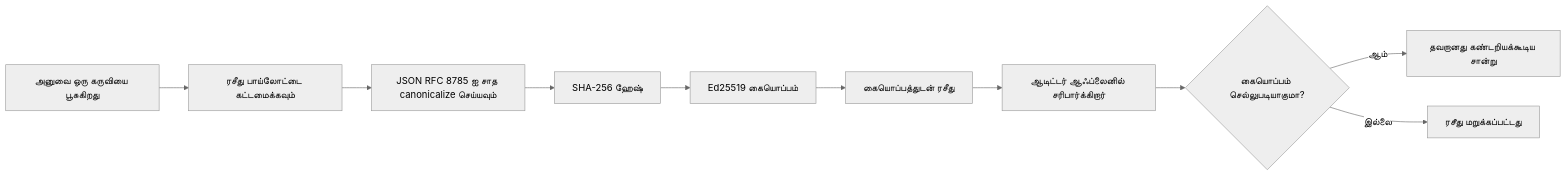
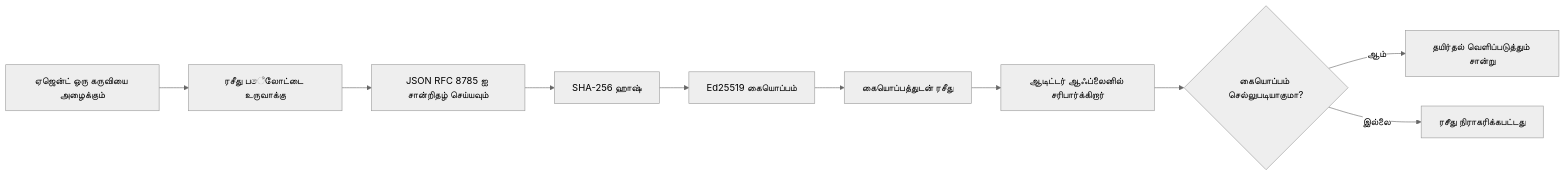
The first of 2 diagrams in mirrors/repos/microsoft@ai-agents-for-beginners/translations/ta/18-securing-ai-agents/README.md (gabrielmoreira/agent-skills-mirror), drawn with Mermaid (neutral theme) before and after one commit. The commit also changed other lines of this file and 2285 other files, not shown here.

````diff
--- a/mirrors/repos/microsoft@ai-agents-for-beginners/translations/ta/18-securing-ai-agents/README.md
+++ b/mirrors/repos/microsoft@ai-agents-for-beginners/translations/ta/18-securing-ai-agents/README.md
@@ -51,12 +51,12 @@
 ```mermaid
 flowchart LR
-    A[அனுவை ஒரு கருவியை பூசுகிறது] --> B[ரசீது பாய்லோட்டை கட்டமைக்கவும்]
-    B --> C[JSON RFC 8785 ஐ சாத canonicalize செய்யவும்]
-    C --> D[SHA-256 ஹேஷ்]
+    A[ஏஜென்ட் ஒரு கருவியை அழைக்கும்] --> B[ரசீது பේலோட்டை உருவாக்கு]
+    B --> C[JSON RFC 8785 ஐ சான்றிதழ் செய்யவும்]
+    C --> D[SHA-256 ஹாஷ்]
     D --> E[Ed25519 கையொப்பம்]
     E --> F[கையொப்பத்துடன் ரசீது]
     F --> G[ஆடிட்டர் ஆஃப்லைனில் சரிபார்க்கிறார்]
     G --> H{கையொப்பம் செல்லுபடியாகுமா?}
-    H -- ஆம் --> I[தவறானது கண்டறியக்கூடிய சான்று]
-    H -- இல்லை --> J[ரசீது மறுக்கப்பட்டது]
+    H -- ஆம் --> I[தயிர்தல் வெளிப்படுத்தும் சான்று]
+    H -- இல்லை --> J[ரசீது நிராகரிக்கபட்டது]
 ```
````
